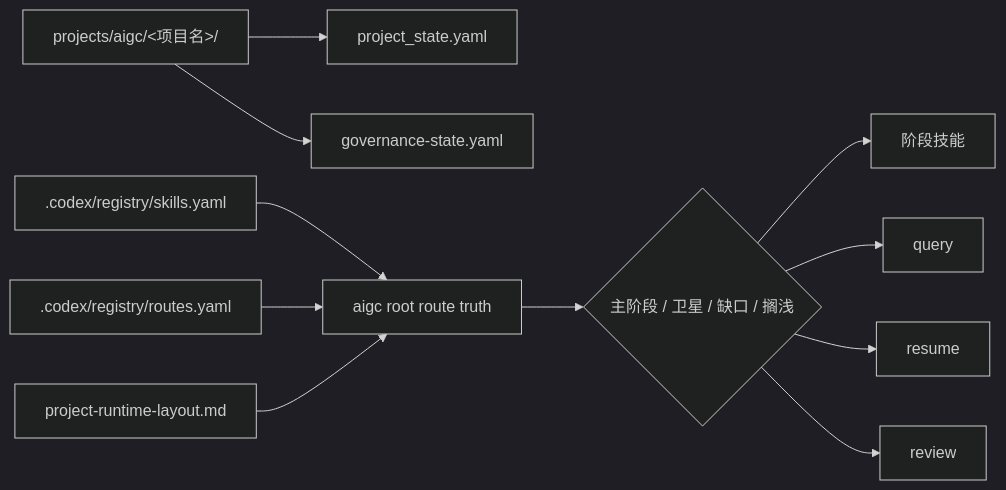
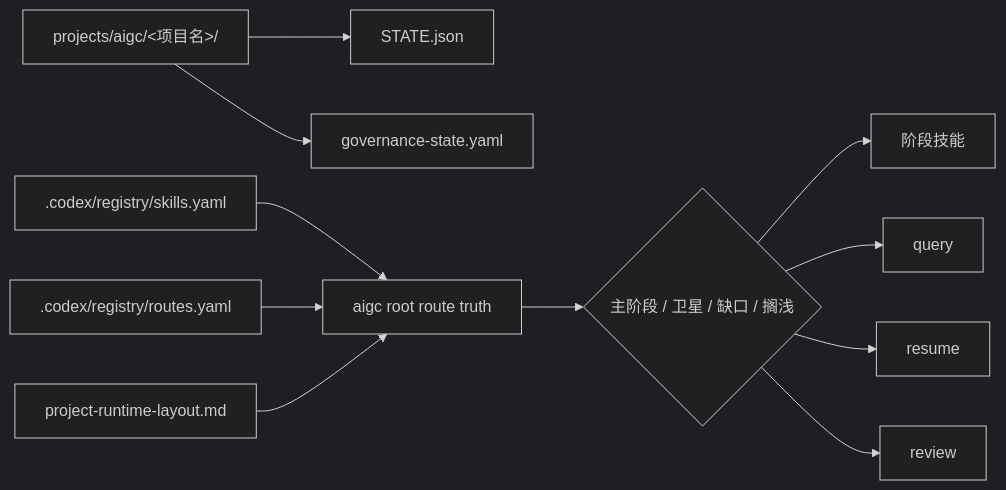
Before and after one commit to ZEN-VOID/AI-CUT: the second of 4 diagrams in .agents/skills/aigc/SKILL.md, drawn with Mermaid (dark theme). The commit also changed other lines of this file and 266 other files, not shown here.

````diff
--- a/.agents/skills/aigc/SKILL.md
+++ b/.agents/skills/aigc/SKILL.md
@@ -102,13 +102,13 @@
 ```mermaid
 flowchart LR
-    A["projects/aigc/<项目名>/"] --> B["project_state.yaml"]
+    A["projects/aigc/<项目名>/"] --> B["STATE.json"]
     A --> C["governance-state.yaml"]
     D[".codex/registry/skills.yaml"] --> E["aigc root route truth"]
     F[".codex/registry/routes.yaml"] --> E
     G["project-runtime-layout.md"] --> E
     E --> H{"主阶段 / 卫星 / 缺口 / 搁浅"}
     H --> I["阶段技能"]
     H --> J["query"]
     H --> K["resume"]
     H --> L["review"]
 ```
````
